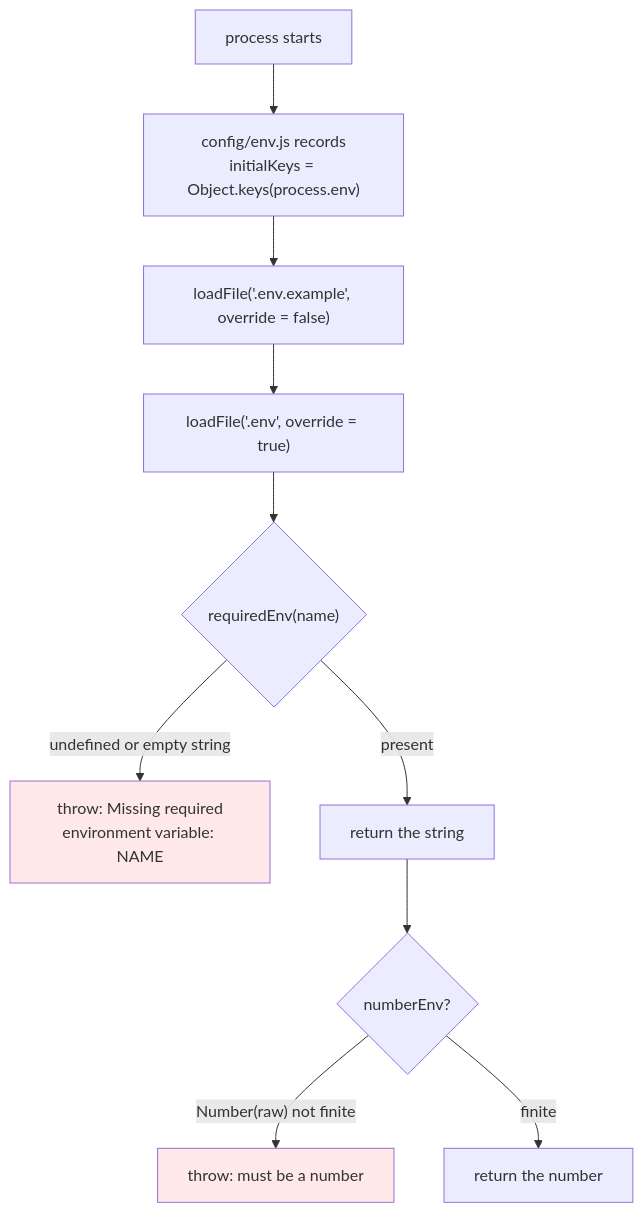
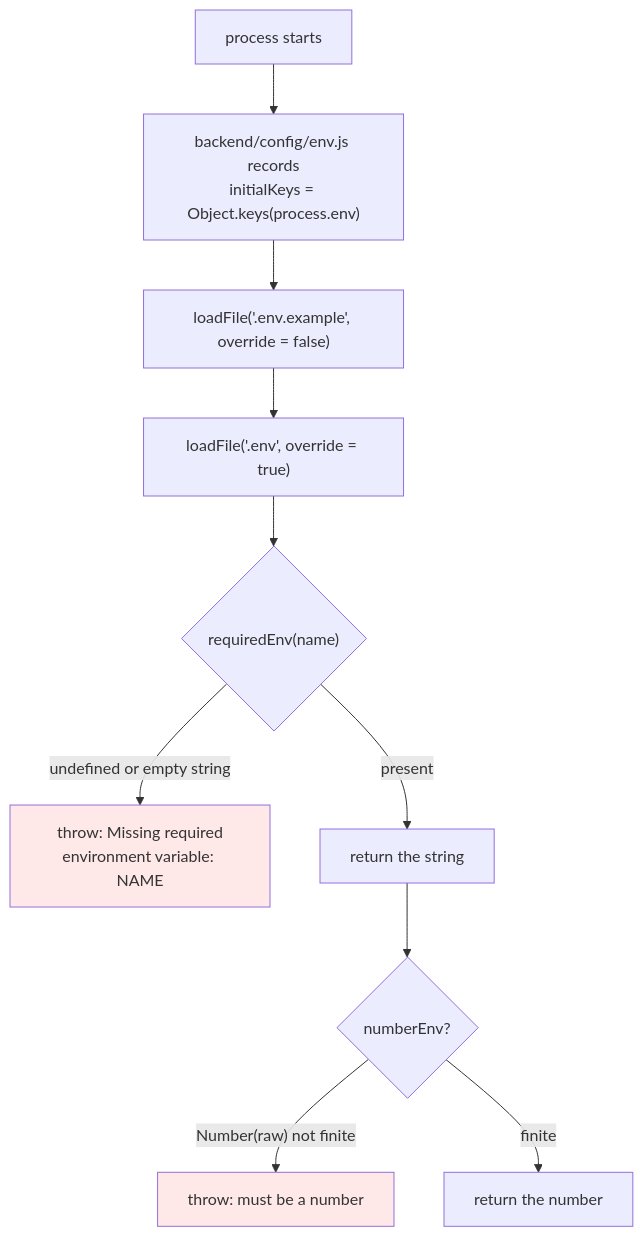
Diagram 24 of 27 in docs/serveInfer_DOCUMENTATION.md (prawesh-12/serveInfer), drawn with Mermaid before and after one commit. The commit also changed other lines of this file and 1427 other files, not shown here.

````diff
--- a/docs/serveInfer_DOCUMENTATION.md
+++ b/docs/serveInfer_DOCUMENTATION.md
@@ -1719,15 +1719,15 @@
 ```mermaid
 flowchart TD
-    A["process starts"] --> B["config/env.js records<br/>initialKeys = Object.keys(process.env)"]
+    A["process starts"] --> B["backend/config/env.js records<br/>initialKeys = Object.keys(process.env)"]
     B --> C["loadFile('.env.example', override = false)"]
     C --> D["loadFile('.env', override = true)"]
     D --> E{"requiredEnv(name)"}
     E -- "undefined or empty string" --> F["throw: Missing required<br/>environment variable: NAME"]
     E -- present --> G["return the string"]
     G --> H{"numberEnv?"}
     H -- "Number(raw) not finite" --> I["throw: must be a number"]
     H -- finite --> J["return the number"]
 
     style F fill:#ffe8e8
     style I fill:#ffe8e8
 ```
````
